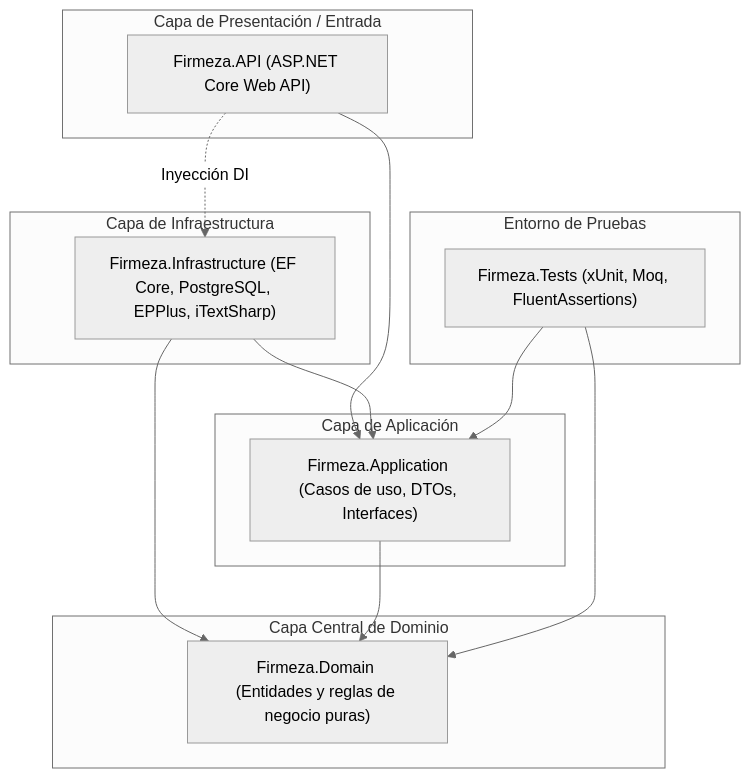
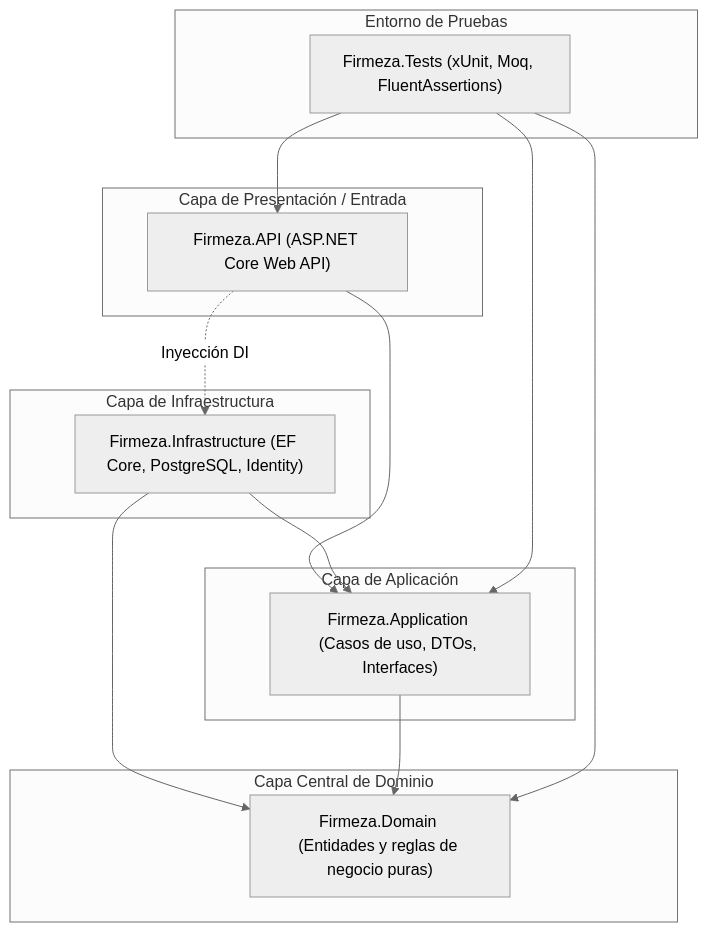
Before and after one commit to jose2520/Firmeza-jd: the diagram in README.md, drawn with Mermaid (neutral theme). The commit also changed other lines of this file and 32 other files, not shown here.

````diff
--- a/README.md
+++ b/README.md
@@ -11,30 +11,31 @@
 ```mermaid
 graph TD
     subgraph Presentacion ["Capa de Presentación / Entrada"]
         API["Firmeza.API (ASP.NET Core Web API)"]
     end
 
     subgraph Infraestructura ["Capa de Infraestructura"]
-        Infra["Firmeza.Infrastructure (EF Core, PostgreSQL, EPPlus, iTextSharp)"]
+        Infra["Firmeza.Infrastructure (EF Core, PostgreSQL, Identity)"]
     end
 
     subgraph Aplicacion ["Capa de Aplicación"]
         App["Firmeza.Application (Casos de uso, DTOs, Interfaces)"]
     end
 
     subgraph Dominio ["Capa Central de Dominio"]
         Dom["Firmeza.Domain (Entidades y reglas de negocio puras)"]
     end
 
     subgraph Pruebas ["Entorno de Pruebas"]
         Tests["Firmeza.Tests (xUnit, Moq, FluentAssertions)"]
     end
 
     API --> App
     API -.->|Inyección DI| Infra
     Infra --> App
     Infra --> Dom
     App --> Dom
     Tests --> App
     Tests --> Dom
+    Tests --> API
 ```
````
